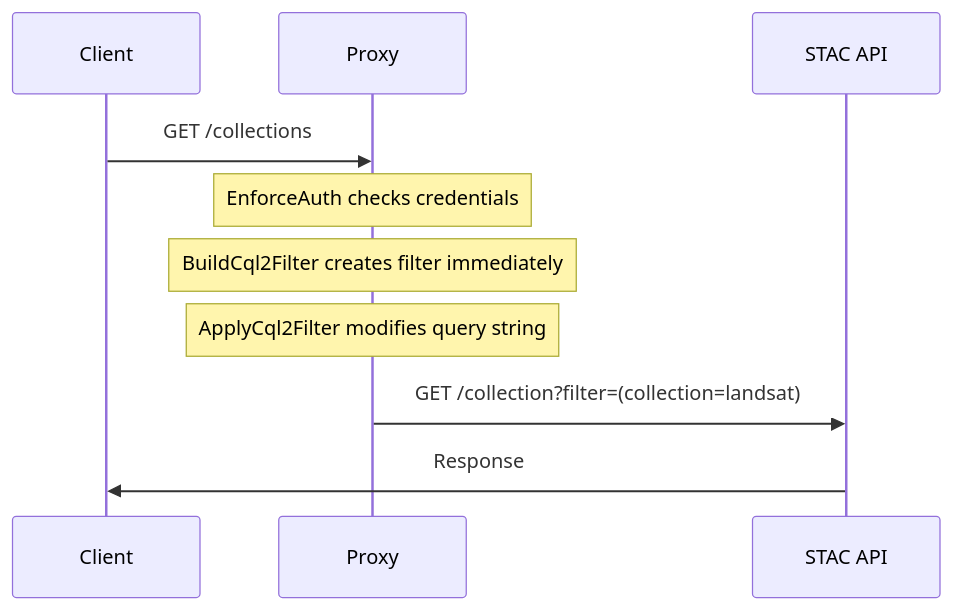
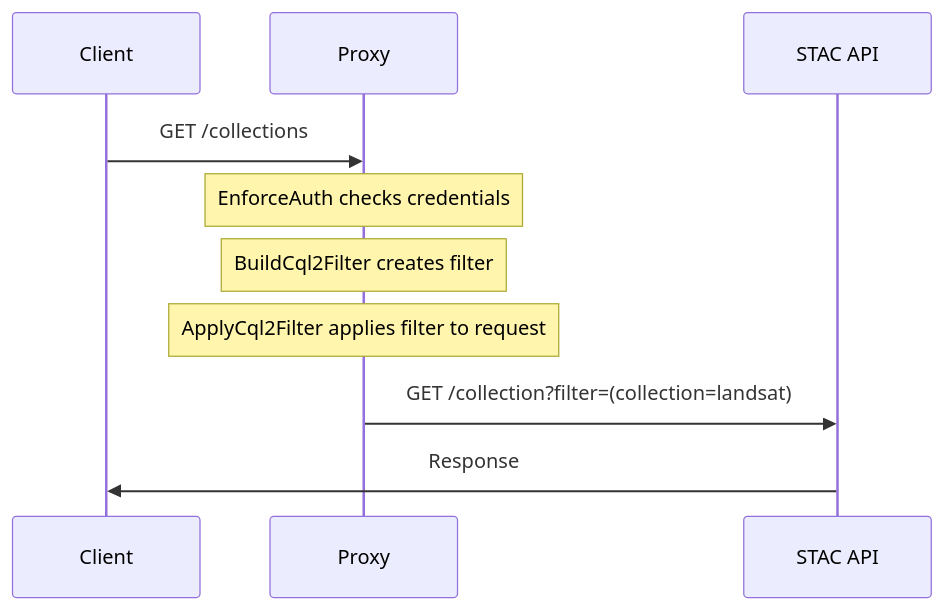
Before and after one commit to developmentseed/stac-auth-proxy: the diagram in README.md, drawn with Mermaid.

Commit message:
chore(docs): improve diagram text

````diff
--- a/README.md
+++ b/README.md
@@ -165,9 +165,9 @@
 ```mermaid
 sequenceDiagram
     Client->>Proxy: GET /collections
     Note over Proxy: EnforceAuth checks credentials
-    Note over Proxy: BuildCql2Filter creates filter immediately
-    Note over Proxy: ApplyCql2Filter modifies query string
+    Note over Proxy: BuildCql2Filter creates filter
+    Note over Proxy: ApplyCql2Filter applies filter to request
     Proxy->>STAC API: GET /collection?filter=(collection=landsat)
     STAC API->>Client: Response
 ```
````
